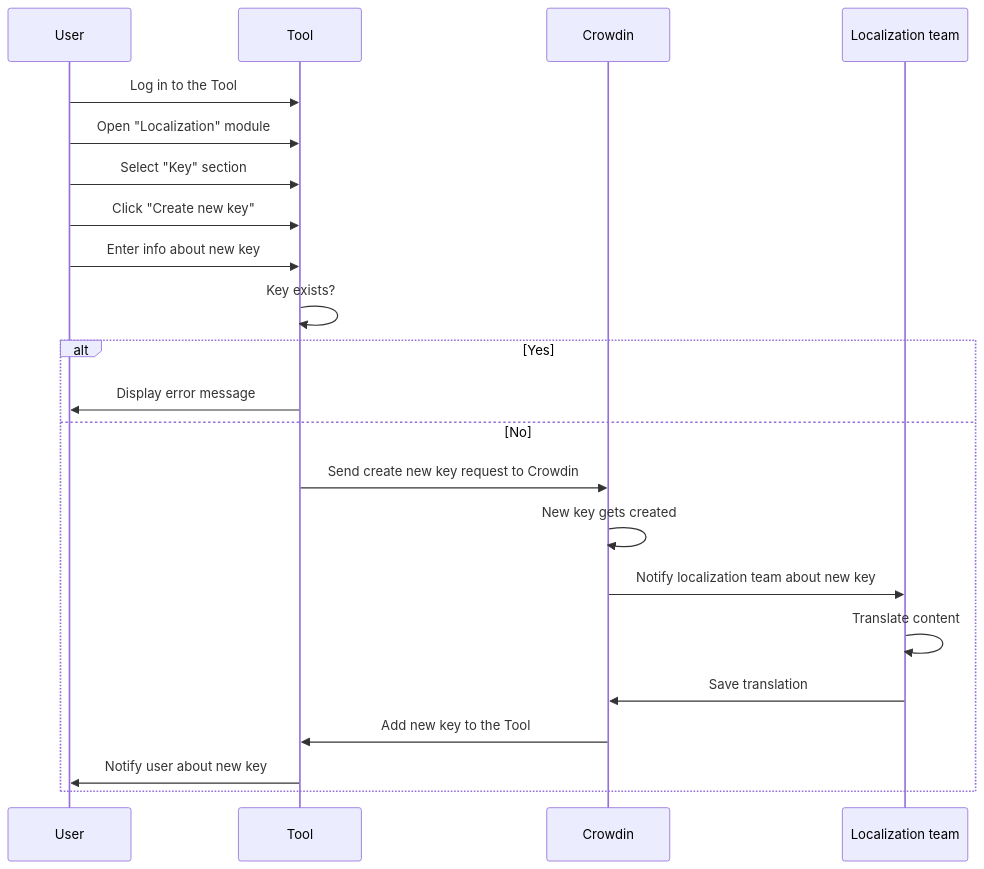
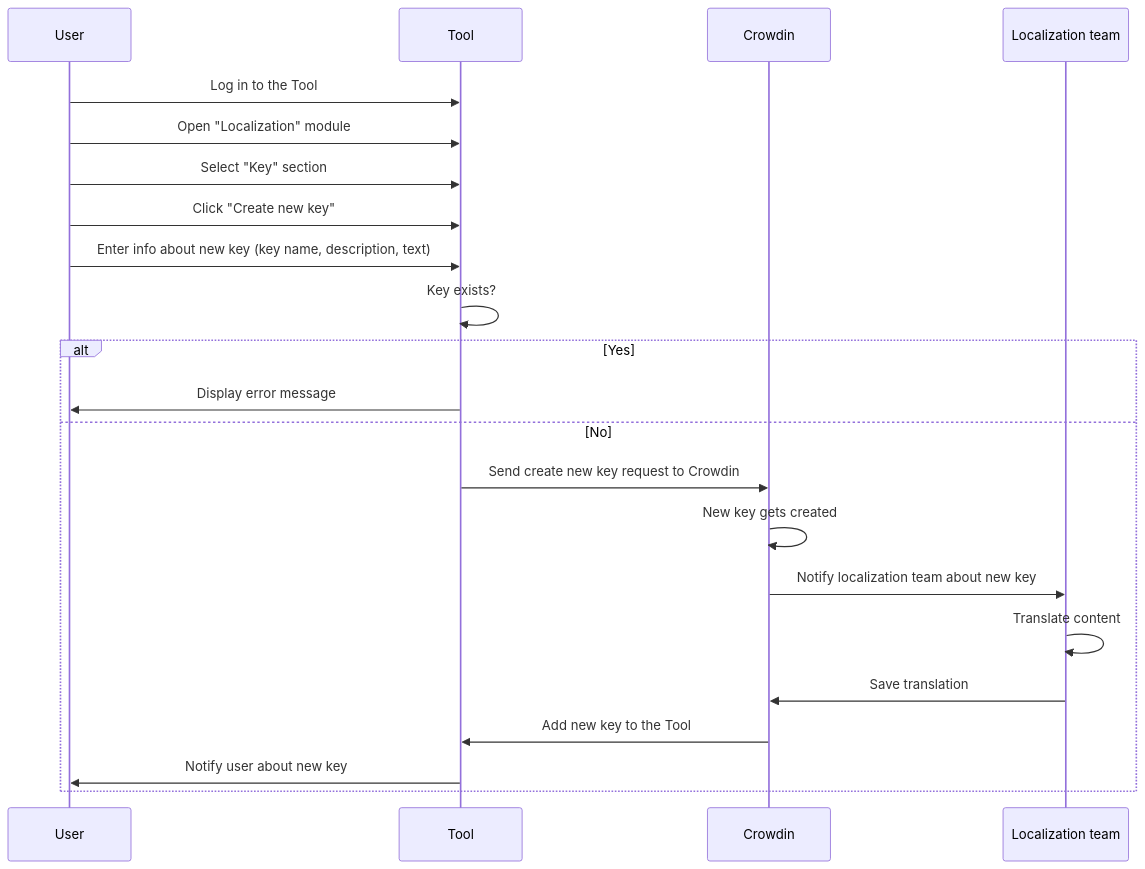
The diagram in docs/test-tasks/welltech/localization-module-overview.md (VadymSachenko/TechWriteIt), drawn with Mermaid before and after one commit. The commit also changed other lines of this file and 3 other files, not shown here.

````diff
--- a/docs/test-tasks/welltech/localization-module-overview.md
+++ b/docs/test-tasks/welltech/localization-module-overview.md
@@ -26,26 +24,26 @@
 ```mermaid
 sequenceDiagram
     participant User
     participant Tool
     participant Crowdin
     participant Localization team
 
     User ->> Tool: Log in to the Tool
     User ->> Tool: Open "Localization" module
     User ->> Tool: Select "Key" section
     User ->> Tool: Click "Create new key"
-    User ->> Tool: Enter info about new key
+    User ->> Tool: Enter info about new key (key name, description, text)
 
     Tool ->> Tool: Key exists?
     alt Yes
         Tool ->> User: Display error message
     else No
         Tool ->> Crowdin: Send create new key request to Crowdin
         Crowdin ->> Crowdin: New key gets created
         Crowdin ->> Localization team: Notify localization team about new key
         Localization team ->> Localization team: Translate content
         Localization team ->> Crowdin: Save translation
         Crowdin ->> Tool: Add new key to the Tool
         Tool ->> User: Notify user about new key
     end
 ```
````
